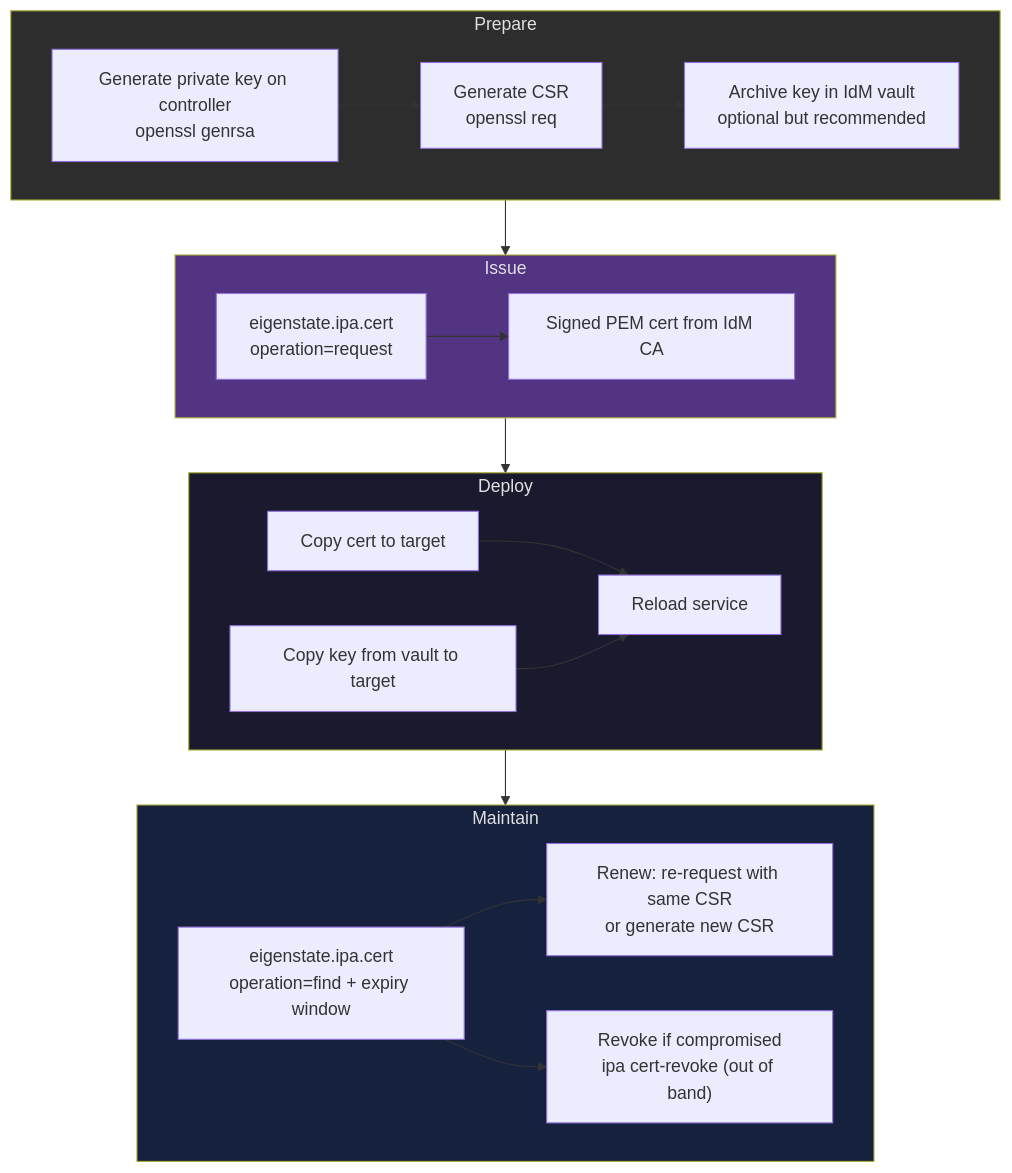
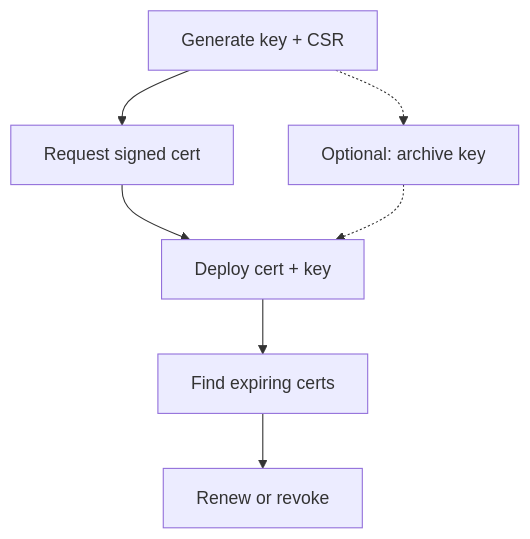
Before and after one commit to gprocunier/eigenstate-ipa: the ninth of 9 diagrams in docs/cert-capabilities.md, drawn with Mermaid. The commit also changed other lines of this file and 12 other files, not shown here.

Commit message:
Clean up Mermaid diagrams across docs

````diff
--- a/docs/cert-capabilities.md
+++ b/docs/cert-capabilities.md
@@ -487,38 +480,13 @@
 ```mermaid
 flowchart TD
-    subgraph prepare["Prepare"]
-        key["Generate private key on controller\nopenssl genrsa"]
-        csr["Generate CSR\nopenssl req"]
-        store["Archive key in IdM vault\noptional but recommended"]
-        key --> csr --> store
-    end
+    key["Generate key + CSR"]
+    vault["Optional: archive key"]
+    request["Request signed cert"]
+    deploy["Deploy cert + key"]
+    maintain["Find expiring certs"]
+    renew["Renew or revoke"]
 
-    subgraph issue["Issue"]
-        request["eigenstate.ipa.cert\noperation=request"]
-        signed["Signed PEM cert from IdM CA"]
-        request --> signed
-    end
-
-    subgraph deploy["Deploy"]
-        copy_cert["Copy cert to target"]
-        copy_key["Copy key from vault to target"]
-        reload["Reload service"]
-        copy_cert --> reload
-        copy_key --> reload
-    end
-
-    subgraph maintain["Maintain"]
-        find["eigenstate.ipa.cert\noperation=find + expiry window"]
-        renew["Renew: re-request with same CSR\nor generate new CSR"]
-        revoke["Revoke if compromised\nipa cert-revoke (out of band)"]
-        find --> renew
-        find --> revoke
-    end
-
-    prepare --> issue --> deploy --> maintain
-
-    style prepare fill:#2d2d2d,color:#e0e0e0
-    style issue fill:#533483,color:#e0e0e0
-    style deploy fill:#1a1a2e,color:#e0e0e0
-    style maintain fill:#16213e,color:#e0e0e0
+    key --> request --> deploy --> maintain --> renew
+    key -.-> vault
+    vault -.-> deploy
 ```
````
